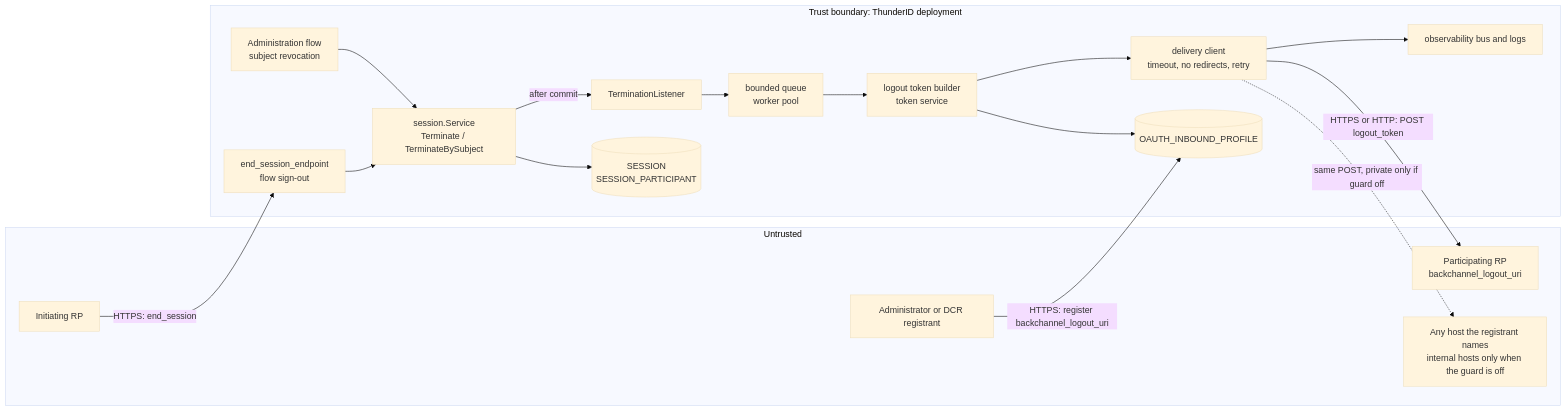
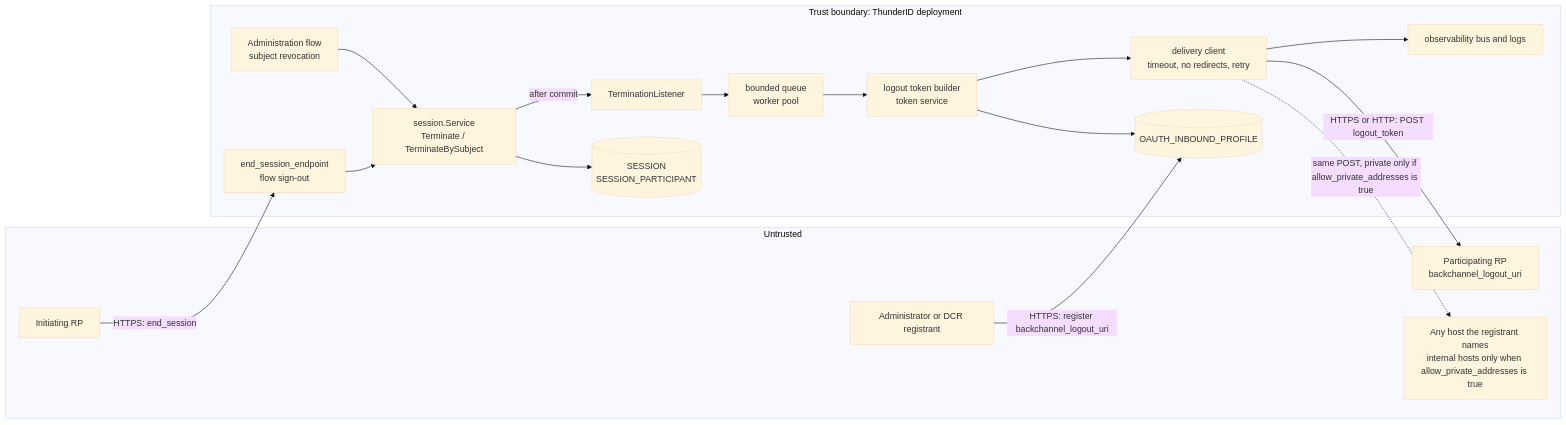
The first of 7 diagrams in docs-internals/back-channel-logout/threat-model.md (thunder-id/thunderid), drawn with Mermaid (base theme) before and after one commit. The commit also changed other lines of this file and 72 other files, not shown here.

Commit message:
Refuse private addresses for admin-configured outbound calls

````diff
--- a/docs-internals/back-channel-logout/threat-model.md
+++ b/docs-internals/back-channel-logout/threat-model.md
@@ -39,33 +39,33 @@
 ```mermaid
 flowchart LR
   subgraph Untrusted ["Untrusted"]
     ADMIN[Administrator or DCR registrant]
     RPA[Initiating RP]
     RPB[Participating RP<br/>backchannel_logout_uri]
-    HOST[Any host the registrant names<br/>internal hosts only when the guard is off]
+    HOST[Any host the registrant names<br/>internal hosts only when allow_private_addresses is true]
   end
   subgraph Trusted ["Trust boundary: ThunderID deployment"]
     ES[end_session_endpoint<br/>flow sign-out]
     ADMFLOW[Administration flow<br/>subject revocation]
     SESSVC[session.Service<br/>Terminate / TerminateBySubject]
     TL[TerminationListener]
     Q[bounded queue<br/>worker pool]
     MINT[logout token builder<br/>token service]
     DEL[delivery client<br/>timeout, no redirects, retry]
     CFG[(OAUTH_INBOUND_PROFILE)]
     SESS[(SESSION<br/>SESSION_PARTICIPANT)]
     OBS[observability bus and logs]
   end
   ADMIN -->|HTTPS: register backchannel_logout_uri| CFG
   RPA -->|HTTPS: end_session| ES
   ES --> SESSVC
   ADMFLOW --> SESSVC
   SESSVC --> SESS
   SESSVC -->|after commit| TL
   TL --> Q --> MINT
   MINT --> CFG
   MINT --> DEL
   DEL -->|HTTPS or HTTP: POST logout_token| RPB
-  DEL -.->|same POST, private only if guard off| HOST
+  DEL -.->|same POST, private only if allow_private_addresses is true| HOST
   DEL --> OBS
 ```
````
